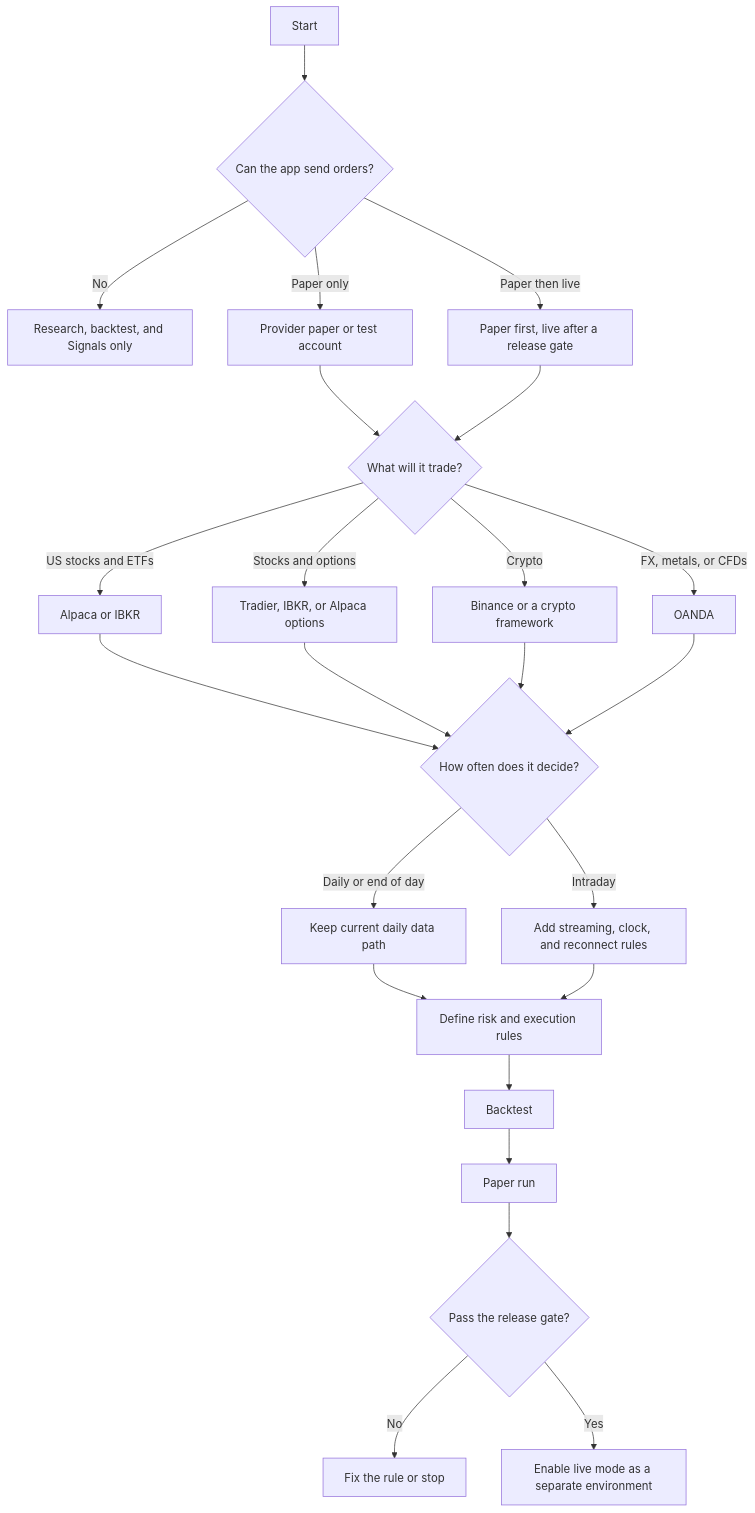
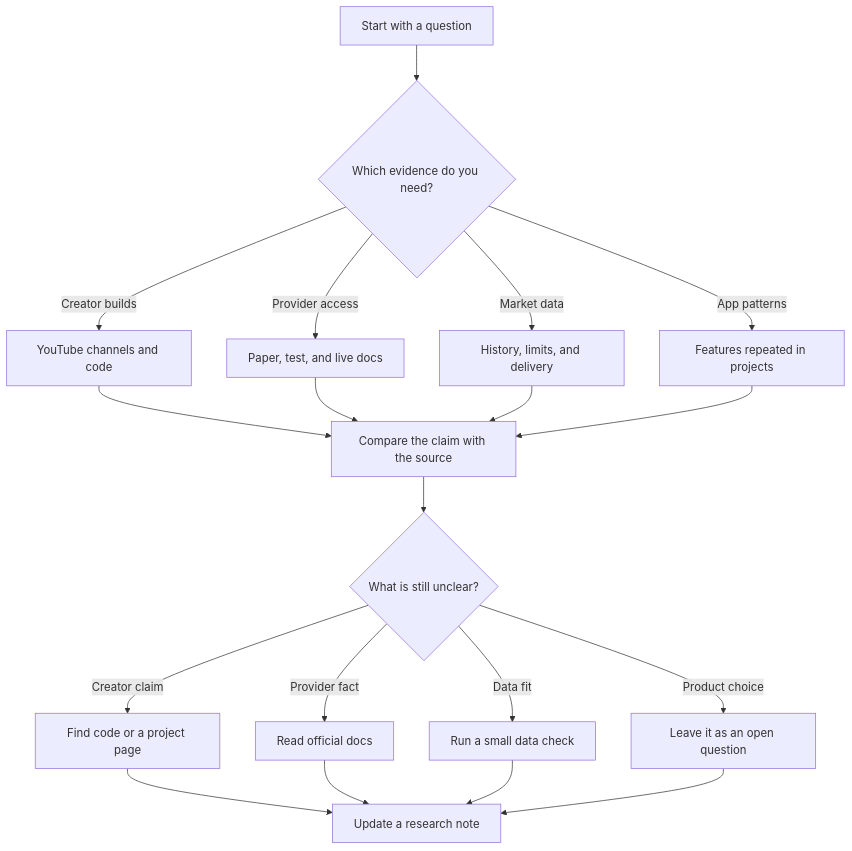
Before and after one commit to enkay01/PasarSwaps: the diagram in docs/algorithmic-trading-wayfinder.md, drawn with Mermaid. The commit also changed other lines of this file and 180 other files, not shown here.

Commit message:
Keep PasarSwaps as a research map

````diff
--- a/docs/algorithmic-trading-wayfinder.md
+++ b/docs/algorithmic-trading-wayfinder.md
@@ -10,26 +10,21 @@
 ```mermaid
 flowchart TD
-    A[Start] --> B{Can the app send orders?}
-    B -->|No| C[Research, backtest, and Signals only]
-    B -->|Paper only| D[Provider paper or test account]
-    B -->|Paper then live| E[Paper first, live after a release gate]
-    D --> F{What will it trade?}
-    E --> F
-    F -->|US stocks and ETFs| G[Alpaca or IBKR]
-    F -->|Stocks and options| H[Tradier, IBKR, or Alpaca options]
-    F -->|Crypto| I[Binance or a crypto framework]
-    F -->|FX, metals, or CFDs| J[OANDA]
-    G --> K{How often does it decide?}
-    H --> K
-    I --> K
-    J --> K
-    K -->|Daily or end of day| L[Keep current daily data path]
-    K -->|Intraday| M[Add streaming, clock, and reconnect rules]
-    L --> N[Define risk and execution rules]
-    M --> N
-    N --> O[Backtest]
-    O --> P[Paper run]
-    P --> Q{Pass the release gate?}
-    Q -->|No| R[Fix the rule or stop]
-    Q -->|Yes| S[Enable live mode as a separate environment]
+    A[Start with a question] --> B{Which evidence do you need?}
+    B -->|Creator builds| C[YouTube channels and code]
+    B -->|Provider access| D[Paper, test, and live docs]
+    B -->|Market data| E[History, limits, and delivery]
+    B -->|App patterns| F[Features repeated in projects]
+    C --> G[Compare the claim with the source]
+    D --> G
+    E --> G
+    F --> G
+    G --> H{What is still unclear?}
+    H -->|Creator claim| I[Find code or a project page]
+    H -->|Provider fact| J[Read official docs]
+    H -->|Data fit| K[Run a small data check]
+    H -->|Product choice| L[Leave it as an open question]
+    I --> M[Update a research note]
+    J --> M
+    K --> M
+    L --> M
 ```
````
